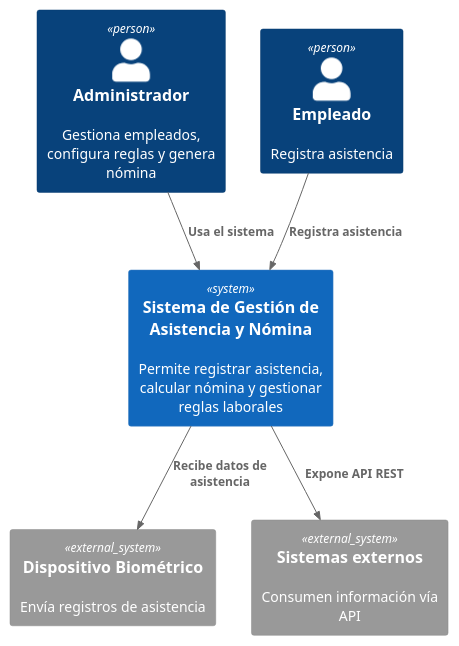
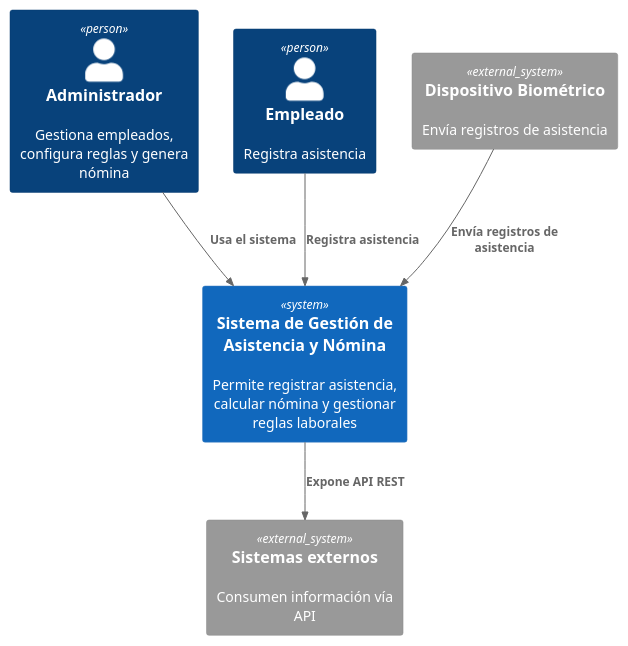
The diagram in docs/diagrams/source/context.puml (sisgal-platform/sisgal-docs), drawn with PlantUML before and after one commit.

Commit message:
docs: correct biometric flow direction

```diff
--- a/docs/diagrams/source/context.puml
+++ b/docs/diagrams/source/context.puml
@@ -1,18 +1,18 @@
 @startuml C4_Context
 !include https://raw.githubusercontent.com/plantuml-stdlib/C4-PlantUML/master/C4_Context.puml
 
 Person(admin, "Administrador", "Gestiona empleados, configura reglas y genera nómina")
 Person(employee, "Empleado", "Registra asistencia")
 
 System(system, "Sistema de Gestión de Asistencia y Nómina", "Permite registrar asistencia, calcular nómina y gestionar reglas laborales")
 
 System_Ext(biometric, "Dispositivo Biométrico", "Envía registros de asistencia")
 System_Ext(external_api, "Sistemas externos", "Consumen información vía API")
 
 Rel(admin, system, "Usa el sistema")
 Rel(employee, system, "Registra asistencia")
 
-Rel(system, biometric, "Recibe datos de asistencia")
+Rel(biometric, system, "Envía registros de asistencia")
 Rel(system, external_api, "Expone API REST")
 
 @enduml
```
